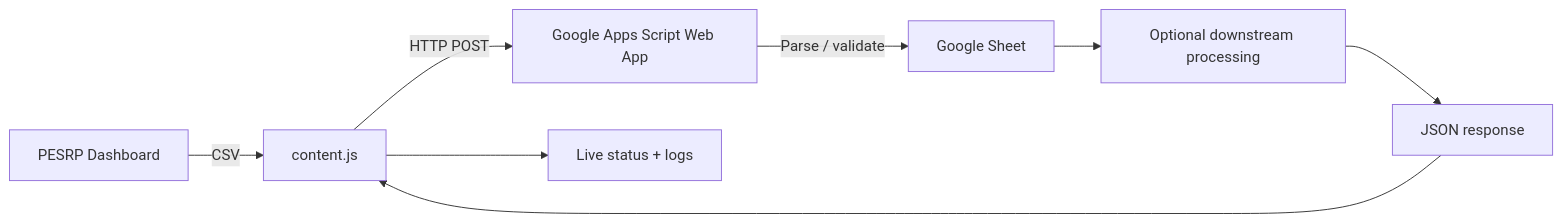
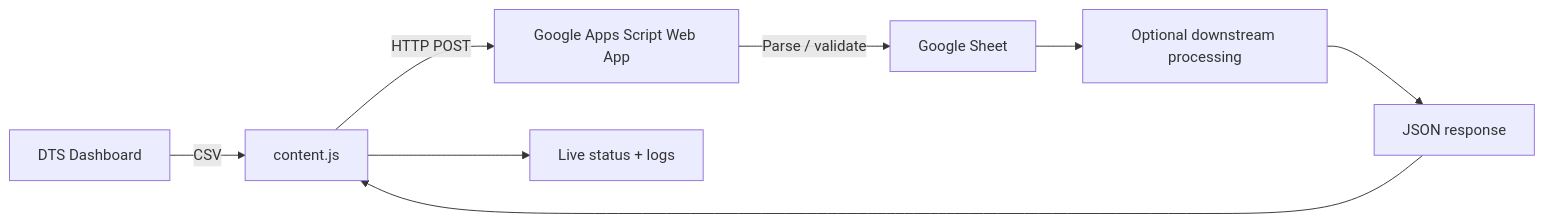
Before and after one commit to sheerazautomate/dtsextension: the third of 3 diagrams in README.md, drawn with Mermaid. The commit also changed other lines of this file and 4 other files, not shown here.

Commit message:
changed the name to DTS from PESRP

````diff
--- a/README.md
+++ b/README.md
@@ -336,10 +336,10 @@
 ```mermaid
 flowchart LR
-    A[PESRP Dashboard] -->|CSV| B[content.js]
+    A[DTS Dashboard] -->|CSV| B[content.js]
     B -->|HTTP POST| C[Google Apps Script Web App]
     C -->|Parse / validate| D[Google Sheet]
     D --> E[Optional downstream processing]
     E --> F[JSON response]
     F --> B
     B --> G[Live status + logs]
 ```
````
